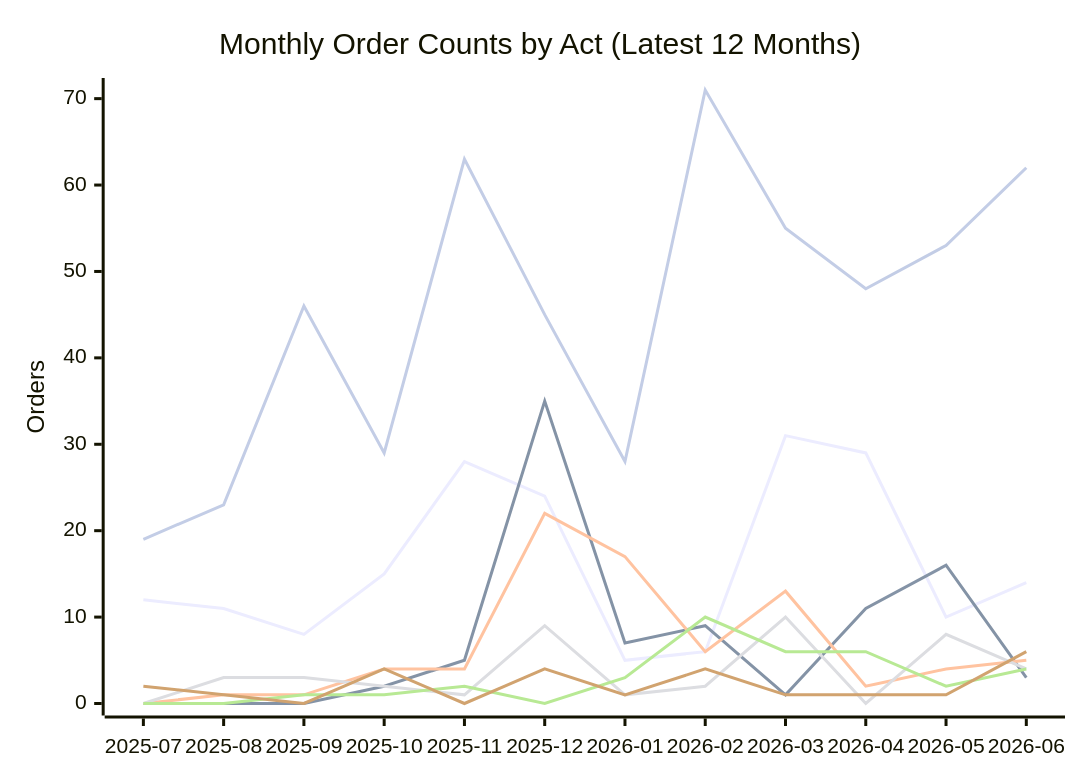
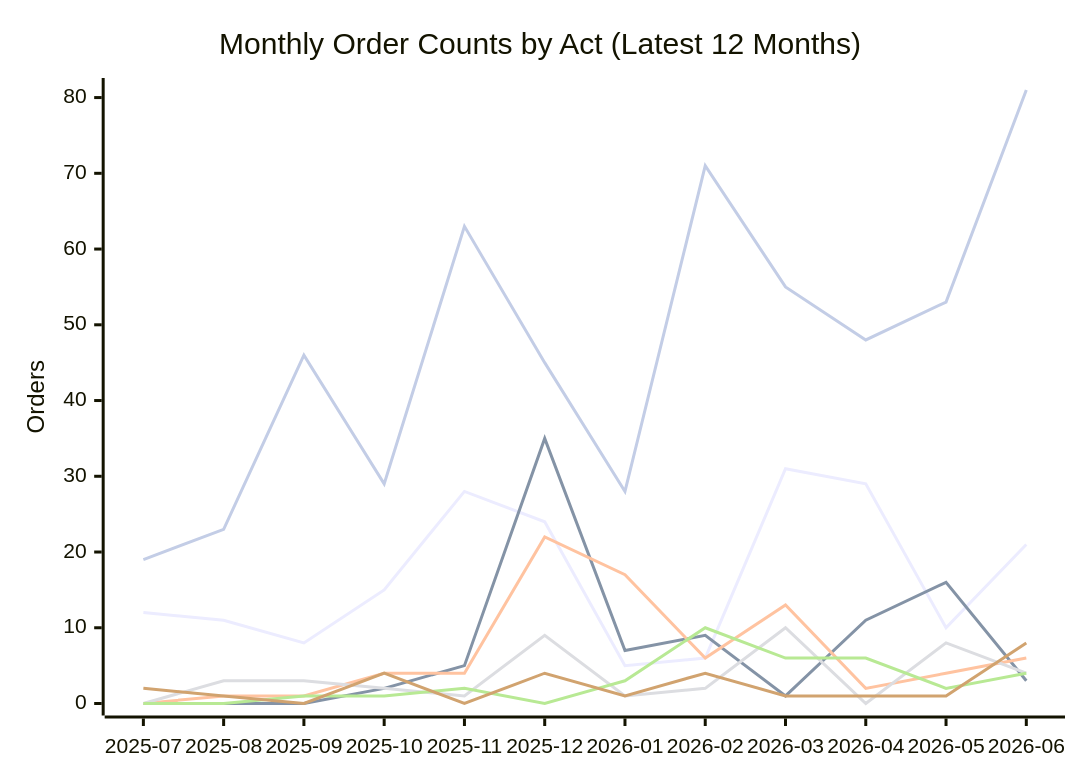
The second of 2 diagrams in README.md (PatLittle/oic-data), drawn with Mermaid before and after one commit. The commit also changed other lines of this file and 59 other files, not shown here.

````diff
--- a/README.md
+++ b/README.md
@@ -71,13 +71,13 @@
 ```mermaid
 xychart-beta
     title "Monthly Order Counts by Act (Latest 12 Months)"
     x-axis ["2025-07", "2025-08", "2025-09", "2025-10", "2025-11", "2025-12", "2026-01", "2026-02", "2026-03", "2026-04", "2026-05", "2026-06"]
-    y-axis "Orders" 0 --> 71
-    line [12, 11, 8, 15, 28, 24, 5, 6, 31, 29, 10, 14]
+    y-axis "Orders" 0 --> 81
+    line [12, 11, 8, 15, 28, 24, 5, 6, 31, 29, 10, 21]
     line [0, 0, 0, 2, 5, 35, 7, 9, 1, 11, 16, 3]
-    line [0, 1, 1, 4, 4, 22, 17, 6, 13, 2, 4, 5]
+    line [0, 1, 1, 4, 4, 22, 17, 6, 13, 2, 4, 6]
     line [0, 3, 3, 2, 1, 9, 1, 2, 10, 0, 8, 4]
     line [0, 0, 1, 1, 2, 0, 3, 10, 6, 6, 2, 4]
-    line [2, 1, 0, 4, 0, 4, 1, 4, 1, 1, 1, 6]
-    line [19, 23, 46, 29, 63, 45, 28, 71, 55, 48, 53, 62]
+    line [2, 1, 0, 4, 0, 4, 1, 4, 1, 1, 1, 8]
+    line [19, 23, 46, 29, 63, 45, 28, 71, 55, 48, 53, 81]
 ```
````
